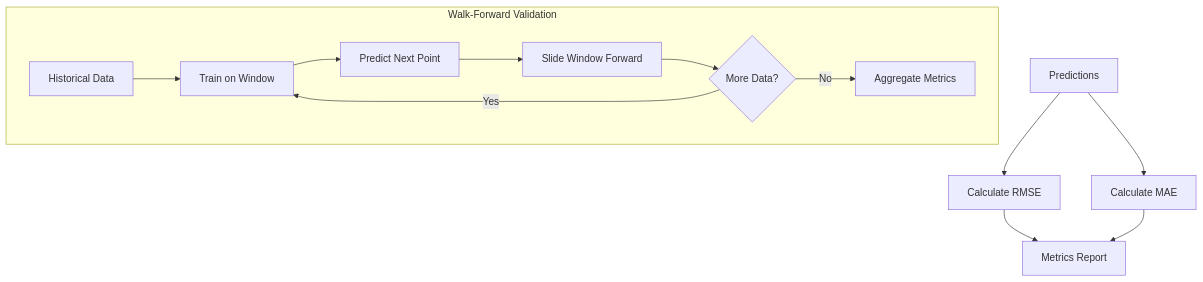
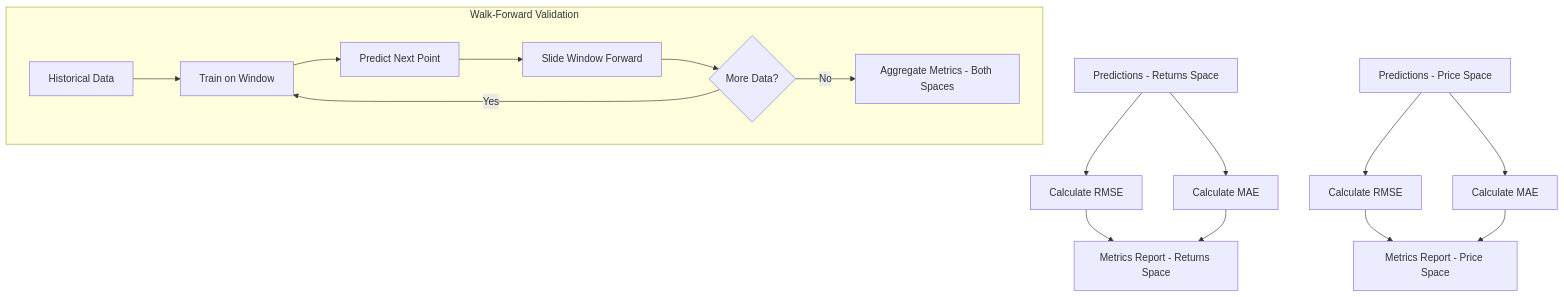
The eighth of 12 diagrams in plans/architecture.md (konstantin-vantukh/lstm_arima), drawn with Mermaid before and after one commit. The commit also changed other lines of this file and 28 other files, not shown here.

Commit message:
Adds forecasts in pricing space to the ones in returns space.

````diff
--- a/plans/architecture.md
+++ b/plans/architecture.md
@@ -237,16 +282,21 @@
 ```mermaid
 flowchart TD
-    A[Predictions] --> B[Calculate RMSE]
+    A[Predictions - Returns Space] --> B[Calculate RMSE]
     A --> C[Calculate MAE]
-    B --> D[Metrics Report]
+    B --> D[Metrics Report - Returns Space]
     C --> D
+    
+    E[Predictions - Price Space] --> F[Calculate RMSE]
+    E --> G[Calculate MAE]
+    F --> H[Metrics Report - Price Space]
+    G --> H
 
     subgraph Walk-Forward Validation
-        E[Historical Data] --> F[Train on Window]
-        F --> G[Predict Next Point]
-        G --> H[Slide Window Forward]
-        H --> I{More Data?}
-        I -->|Yes| F
-        I -->|No| J[Aggregate Metrics]
+        I[Historical Data] --> J[Train on Window]
+        J --> K[Predict Next Point]
+        K --> L[Slide Window Forward]
+        L --> M{More Data?}
+        M -->|Yes| J
+        M -->|No| N[Aggregate Metrics - Both Spaces]
     end
 ```
````
